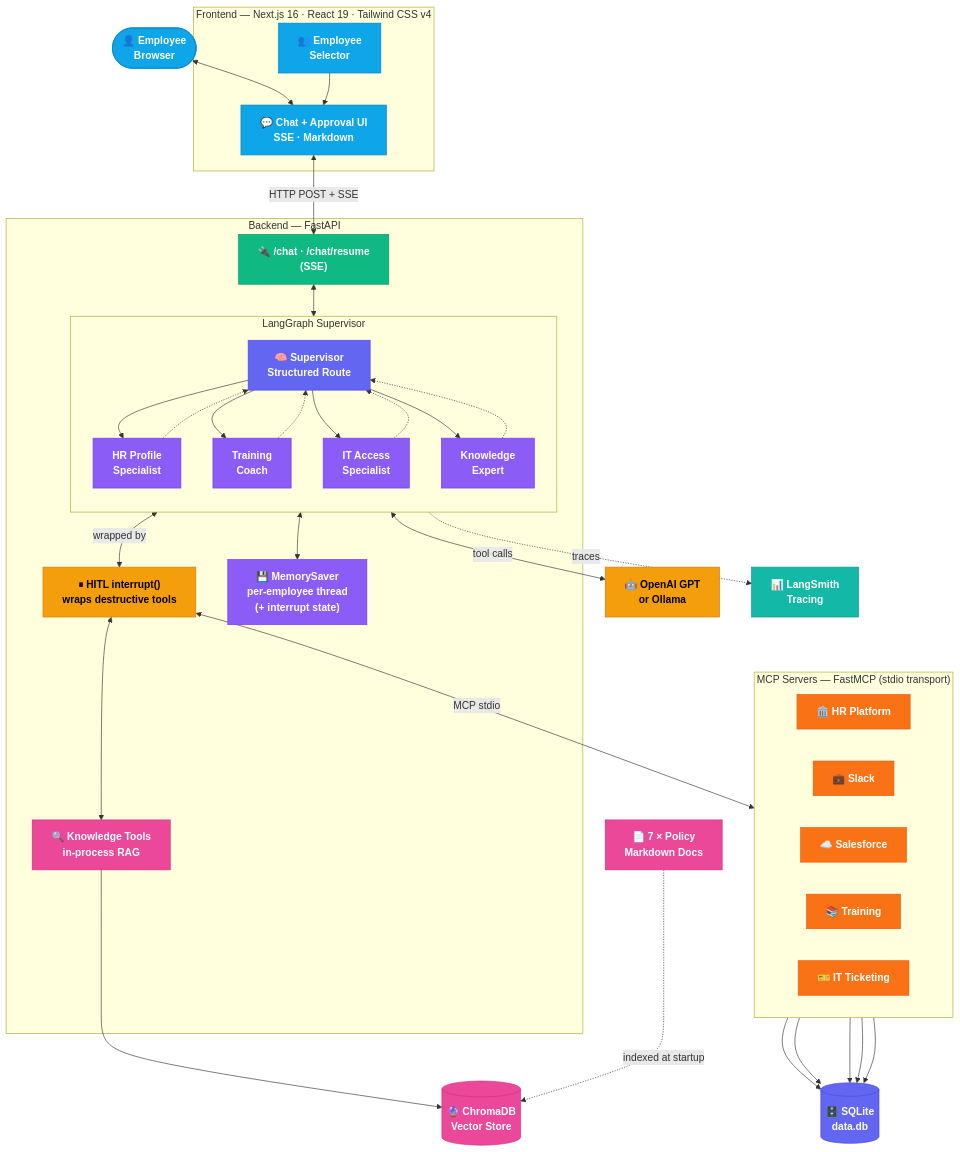
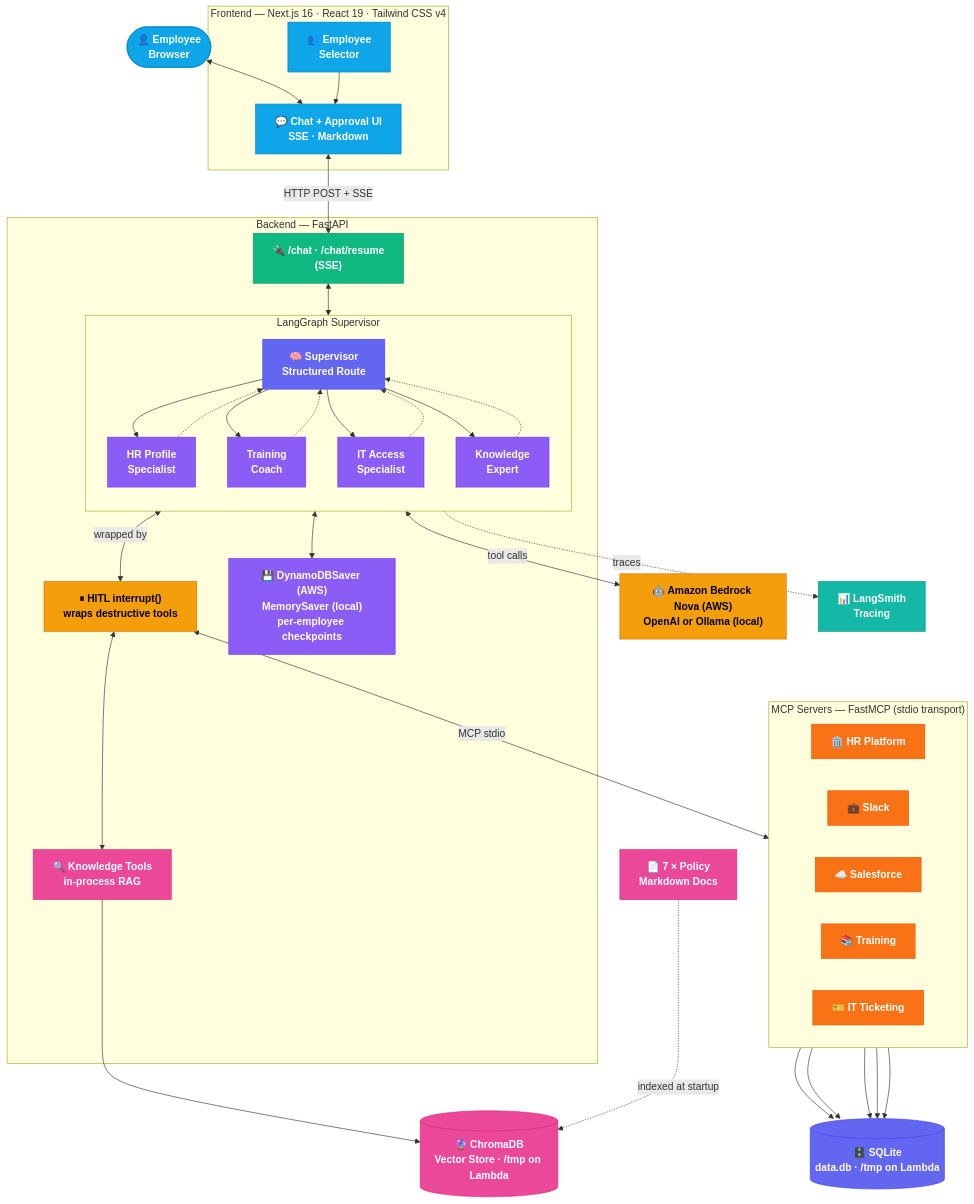
The second of 8 diagrams in README.md (alyab16/Employee-Onboarding-Agent), drawn with Mermaid before and after one commit. The commit also changed other lines of this file and 6 other files, not shown here.

````diff
--- a/README.md
+++ b/README.md
@@ -35,67 +62,67 @@
 ```mermaid
 flowchart TB
     classDef ui fill:#0EA5E9,stroke:#0284C7,color:#fff,font-weight:bold
     classDef api fill:#10B981,stroke:#059669,color:#fff,font-weight:bold
     classDef sup fill:#6366F1,stroke:#4F46E5,color:#fff,font-weight:bold
     classDef agent fill:#8B5CF6,stroke:#7C3AED,color:#fff,font-weight:bold
     classDef llm fill:#F59E0B,stroke:#D97706,color:#000,font-weight:bold
     classDef mcp fill:#F97316,stroke:#EA580C,color:#fff,font-weight:bold
     classDef db fill:#6366F1,stroke:#4F46E5,color:#fff,font-weight:bold
     classDef rag fill:#EC4899,stroke:#DB2777,color:#fff,font-weight:bold
     classDef trace fill:#14B8A6,stroke:#0D9488,color:#fff,font-weight:bold
     classDef hitl fill:#F59E0B,stroke:#D97706,color:#000,font-weight:bold
 
     User(["👤 Employee\nBrowser"]):::ui
 
     subgraph FE ["Frontend — Next.js 16 · React 19 · Tailwind CSS v4"]
         Chat["💬 Chat + Approval UI\nSSE · Markdown"]:::ui
         Selector["👥 Employee\nSelector"]:::ui
     end
 
     subgraph BE ["Backend — FastAPI"]
         API["🔌 /chat · /chat/resume\n(SSE)"]:::api
         subgraph GRAPH ["LangGraph Supervisor"]
             direction TB
             Sup["🧠 Supervisor\nStructured Route"]:::sup
             HRP["HR Profile\nSpecialist"]:::agent
             TRC["Training\nCoach"]:::agent
             ITA["IT Access\nSpecialist"]:::agent
             KNW["Knowledge\nExpert"]:::agent
             Sup --> HRP & TRC & ITA & KNW
             HRP & TRC & ITA & KNW -.-> Sup
         end
         HITL["⏸ HITL interrupt()\nwraps destructive tools"]:::hitl
-        Mem["💾 MemorySaver\nper-employee thread\n(+ interrupt state)"]:::agent
+        Mem["💾 DynamoDBSaver (AWS)\nMemorySaver (local)\nper-employee checkpoints"]:::agent
         KT["🔍 Knowledge Tools\nin-process RAG"]:::rag
     end
 
-    LLM["🤖 OpenAI GPT\nor Ollama"]:::llm
+    LLM["🤖 Amazon Bedrock Nova (AWS)\nOpenAI or Ollama (local)"]:::llm
     LS["📊 LangSmith\nTracing"]:::trace
 
     subgraph MCP ["MCP Servers — FastMCP (stdio transport)"]
         direction LR
         HR["🏛️ HR Platform"]:::mcp
         SL["💼 Slack"]:::mcp
         SF["☁️ Salesforce"]:::mcp
         TR["📚 Training"]:::mcp
         IT["🎫 IT Ticketing"]:::mcp
     end
 
-    SQLite[("🗄️ SQLite\ndata.db")]:::db
-    Chroma[("🔮 ChromaDB\nVector Store")]:::rag
+    SQLite[("🗄️ SQLite\ndata.db · /tmp on Lambda")]:::db
+    Chroma[("🔮 ChromaDB\nVector Store · /tmp on Lambda")]:::rag
     Docs["📄 7 × Policy\nMarkdown Docs"]:::rag
 
     User <--> Chat
     Selector --> Chat
     Chat <-->|"HTTP POST + SSE"| API
     API <--> GRAPH
     GRAPH <--> Mem
     GRAPH <-->|"tool calls"| LLM
     GRAPH -.->|"traces"| LS
     GRAPH <-->|"wrapped by"| HITL
     HITL <-->|"MCP stdio"| MCP
     HITL <--> KT
     HR & SL & SF & TR & IT --> SQLite
     KT --> Chroma
     Docs -.->|"indexed at startup"| Chroma
 ```
````
